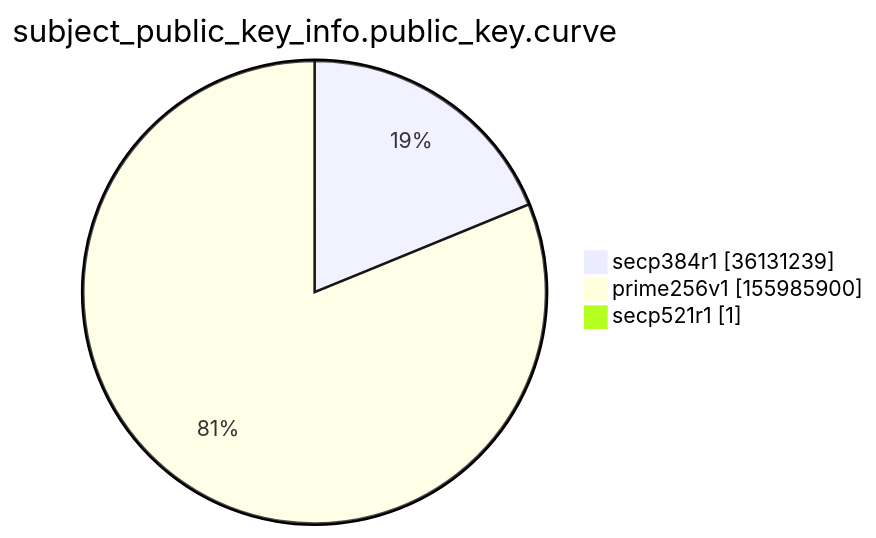
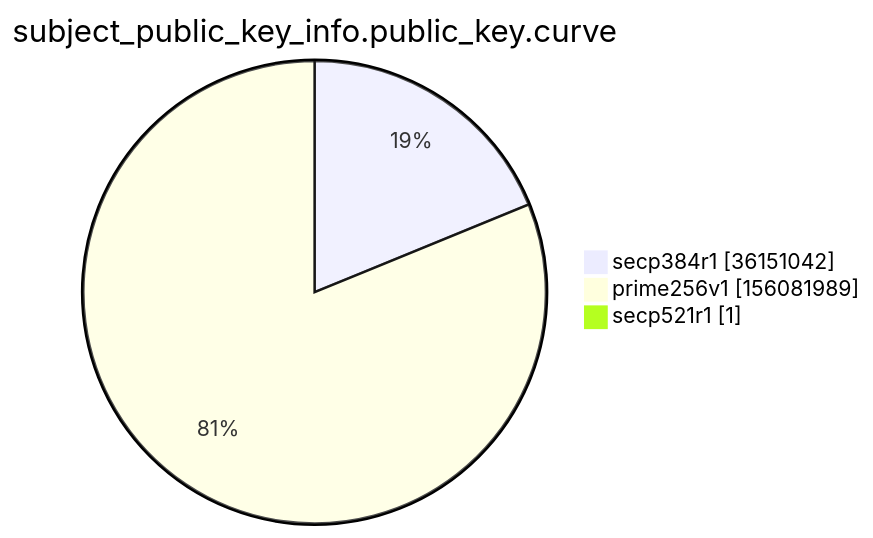
One commit to christiankrug/ctmonitor_visualization changed the ninth of 15 diagrams in argon2022/README.md. Above: the diagram before and after it, drawn with Mermaid. The commit also changed other lines of this file, not shown here.

````diff
--- a/argon2022/README.md
+++ b/argon2022/README.md
@@ -2766,7 +2766,7 @@
 ```mermaid
 pie showData
 title subject_public_key_info.public_key.curve
-"secp384r1" :36131239
-"prime256v1" :155985900
+"secp384r1" :36151042
+"prime256v1" :156081989
 "secp521r1" :1
 ```
````
